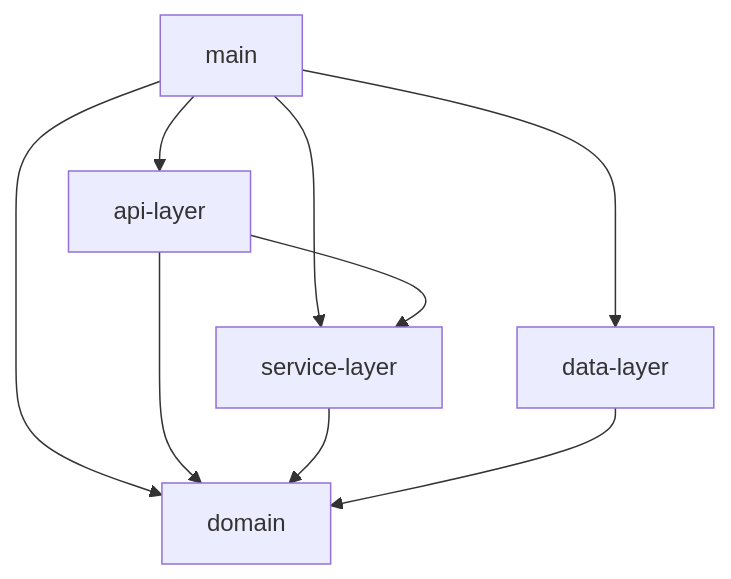
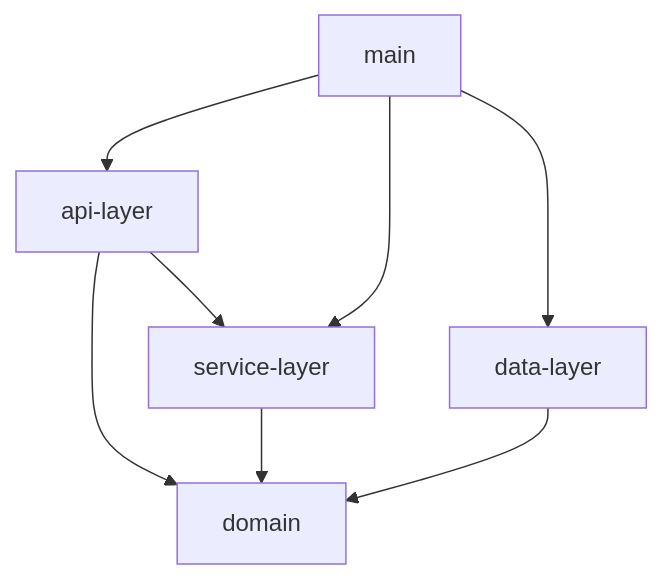
The diagram in README.md (Killjoyer/little-games), drawn with Mermaid before and after one commit. The commit also changed other lines of this file, not shown here.

````diff
--- a/README.md
+++ b/README.md
@@ -36,11 +44,10 @@
 ```mermaid
 graph TD;
     main-->api-layer;
     main-->data-layer;
+    api-layer-->service-layer;
     main-->service-layer;
-    main-->domain;
     api-layer-->domain;
-    api-layer-->service-layer;
     service-layer-->domain;
     data-layer-->domain;
 ```
````
